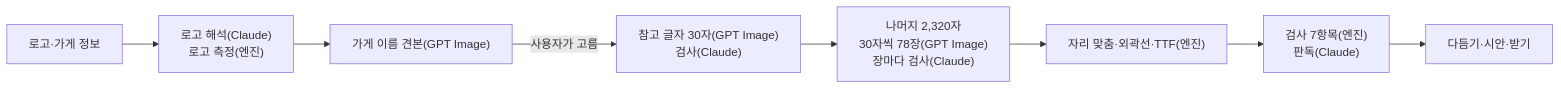
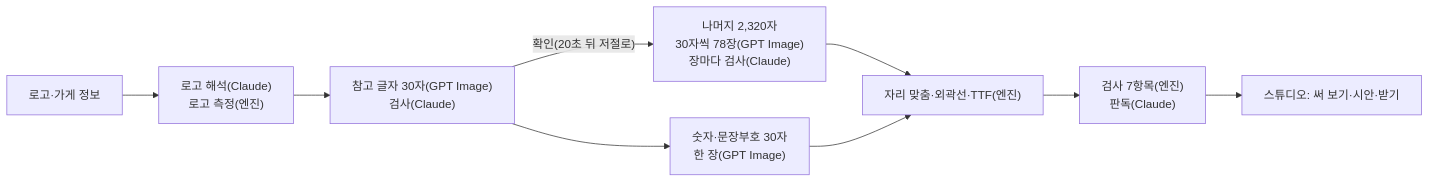
The diagram in README.md (poongbit/logoche), drawn with Mermaid before and after one commit. The commit also changed other lines of this file and 2 other files, not shown here.

````diff
--- a/README.md
+++ b/README.md
@@ -32,10 +44,11 @@
 ```mermaid
 flowchart LR
     A["로고·가게 정보"] --> B["로고 해석(Claude)<br/>로고 측정(엔진)"]
-    B --> C["가게 이름 견본(GPT Image)"]
-    C -->|사용자가 고름| D["참고 글자 30자(GPT Image)<br/>검사(Claude)"]
-    D --> E["나머지 2,320자<br/>30자씩 78장(GPT Image)<br/>장마다 검사(Claude)"]
+    B --> D["참고 글자 30자(GPT Image)<br/>검사(Claude)"]
+    D -->|"확인(20초 뒤 저절로)"| E["나머지 2,320자<br/>30자씩 78장(GPT Image)<br/>장마다 검사(Claude)"]
+    D --> S["숫자·문장부호 30자<br/>한 장(GPT Image)"]
     E --> F["자리 맞춤·외곽선·TTF(엔진)"]
+    S --> F
     F --> G["검사 7항목(엔진)<br/>판독(Claude)"]
-    G --> H["다듬기·시안·받기"]
+    G --> H["스튜디오: 써 보기·시안·받기"]
 ```
````
